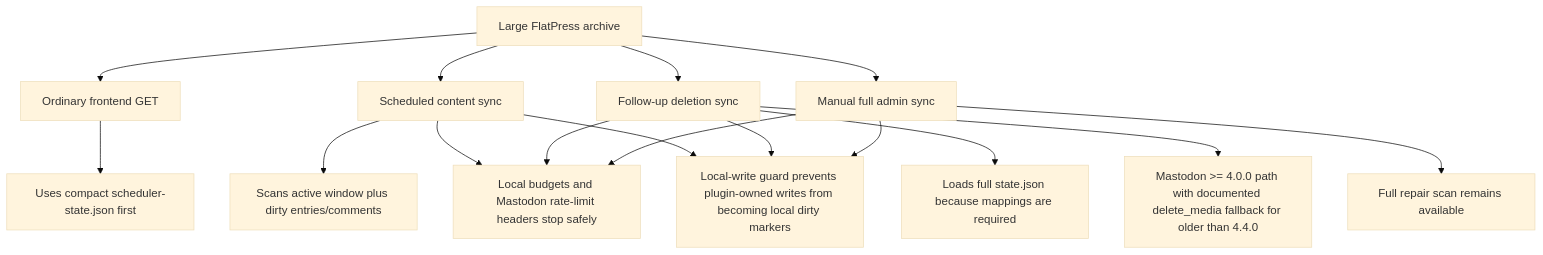
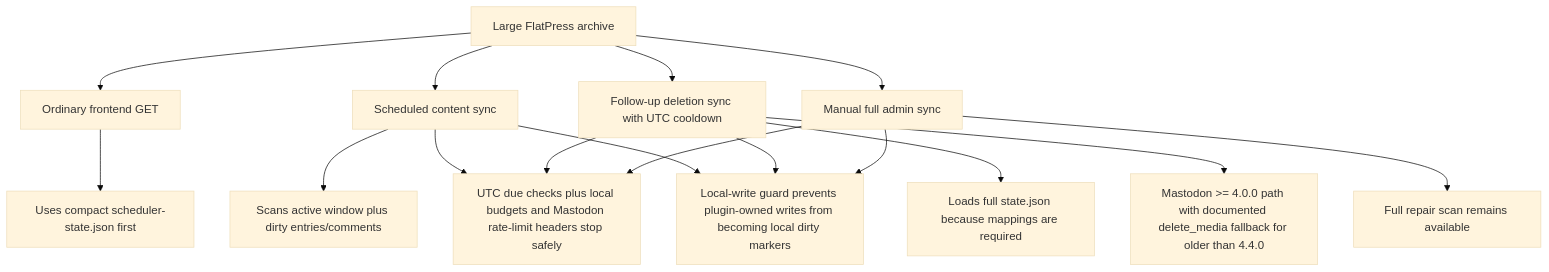
Diagram 34 of 42 in fp-plugins/mastodon/developer-docs/06-Process-Flow.md (flatpressblog/flatpress), drawn with Mermaid (base theme) before and after one commit. The commit also changed other lines of this file and 6 other files, not shown here.

````diff
--- a/fp-plugins/mastodon/developer-docs/06-Process-Flow.md
+++ b/fp-plugins/mastodon/developer-docs/06-Process-Flow.md
@@ -1241,27 +1240,27 @@
 ```mermaid
 flowchart TD
     Goal["Large FlatPress archive"]
     OrdinaryRequest["Ordinary frontend GET"]
     ScheduledRun["Scheduled content sync"]
-    DeletionRun["Follow-up deletion sync"]
+    DeletionRun["Follow-up deletion sync with UTC cooldown"]
     ManualRun["Manual full admin sync"]
     SchedulerOnly["Uses compact scheduler-state.json first"]
     TargetedScan["Scans active window plus dirty entries/comments"]
     FullStateNeeded["Loads full state.json because mappings are required"]
     FullRepair["Full repair scan remains available"]
-    Budgets["Local budgets and Mastodon rate-limit headers stop safely"]
+    Budgets["UTC due checks plus local budgets and Mastodon rate-limit headers stop safely"]
     NoFalseDirty["Local-write guard prevents plugin-owned writes from becoming local dirty markers"]
     Compatibility["Mastodon >= 4.0.0 path with documented delete_media fallback for older than 4.4.0"]
 
     Goal --> OrdinaryRequest --> SchedulerOnly
     Goal --> ScheduledRun --> TargetedScan
     Goal --> DeletionRun --> FullStateNeeded
     Goal --> ManualRun --> FullRepair
     ScheduledRun --> Budgets
     DeletionRun --> Budgets
     ManualRun --> Budgets
     ScheduledRun --> NoFalseDirty
     DeletionRun --> NoFalseDirty
     ManualRun --> NoFalseDirty
     DeletionRun --> Compatibility
 ```
````
